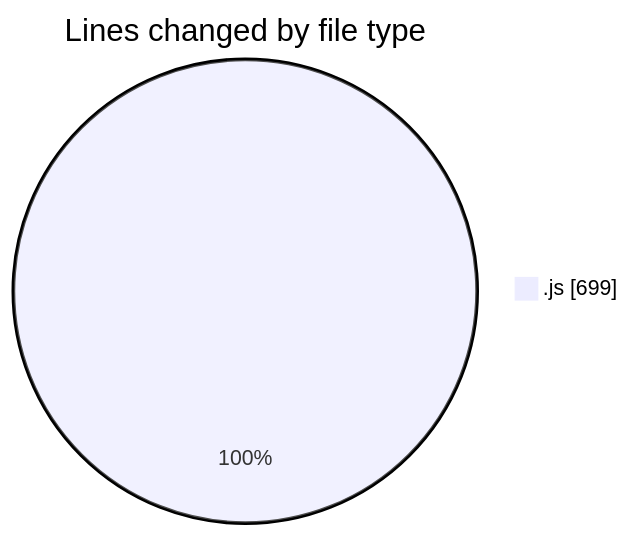
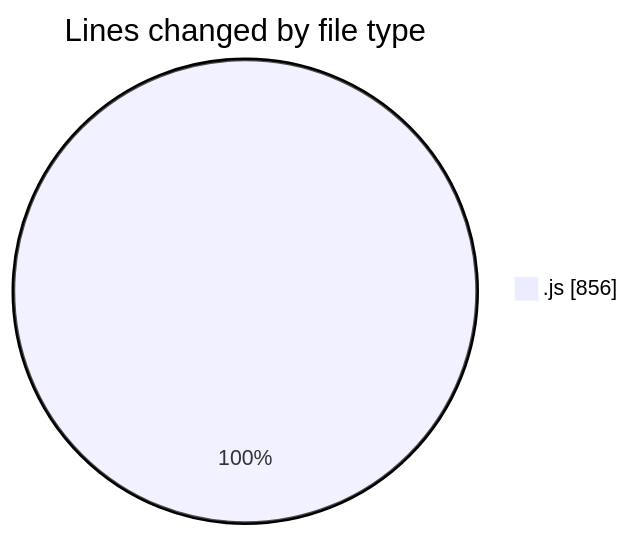
The first of 2 diagrams in 2025-04-03/jsvms/README.md (BS-eng2023/code-tracking), drawn with Mermaid before and after one commit. The commit also changed other lines of this file and 1 other file, not shown here.

````diff
--- a/2025-04-03/jsvms/README.md
+++ b/2025-04-03/jsvms/README.md
@@ -26,5 +27,5 @@
 ```mermaid
 pie showData
 title Lines changed by file type
-".js" : 699
+".js" : 856
 ```
````
